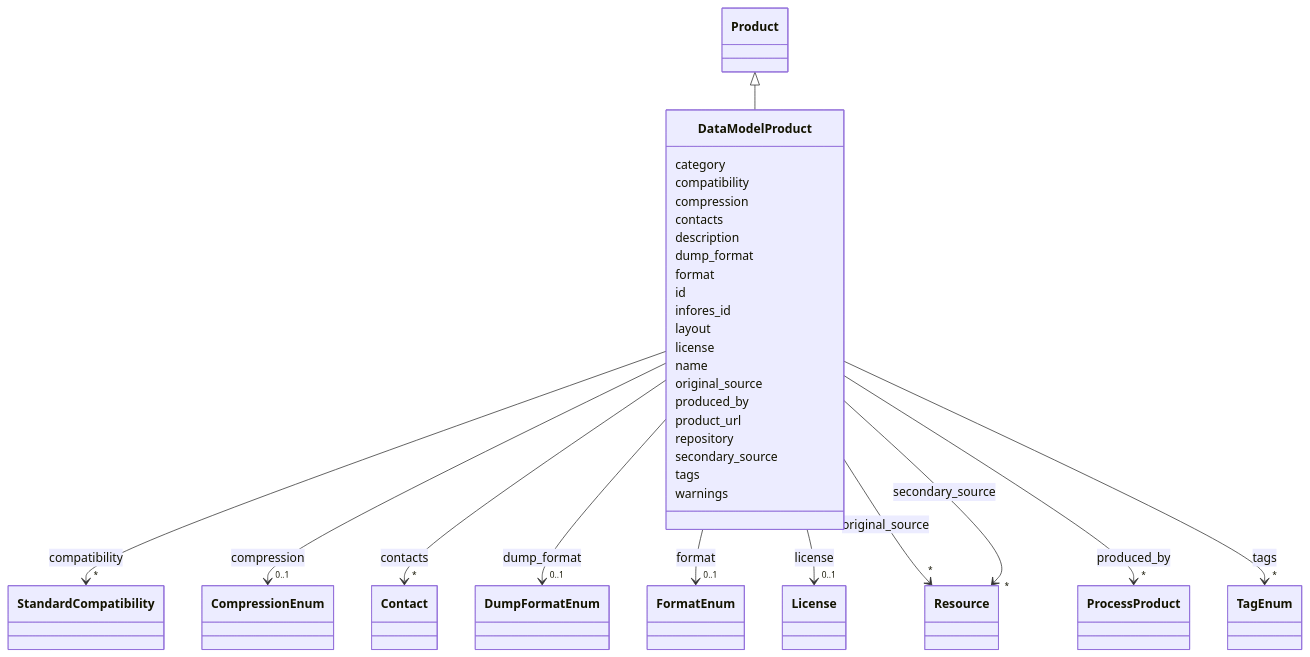
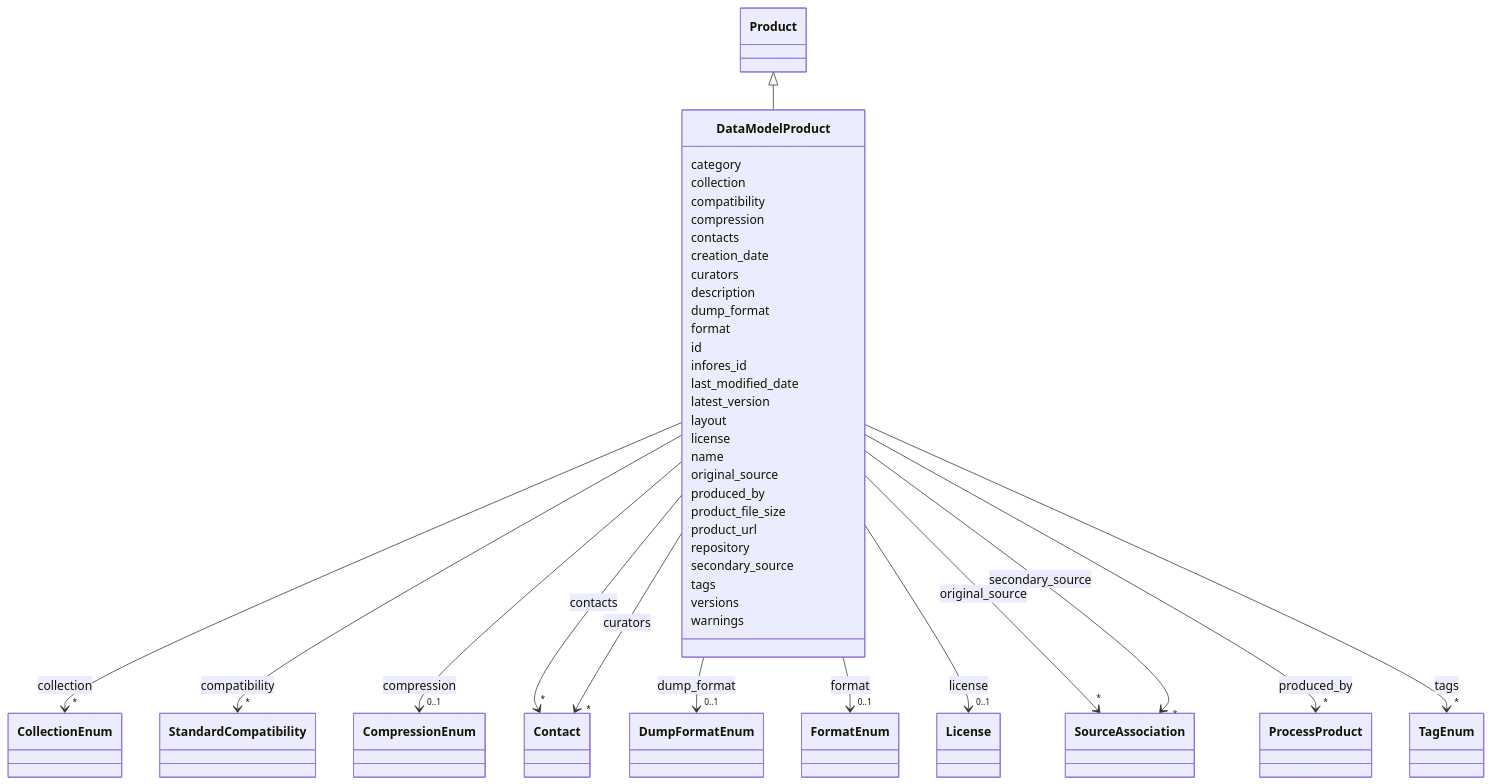
Before and after one commit to Knowledge-Graph-Hub/kg-registry: the diagram in docs/schema/DataModelProduct.md, drawn with Mermaid. The commit also changed other lines of this file and 141 other files, not shown here.

````diff
--- a/docs/schema/DataModelProduct.md
+++ b/docs/schema/DataModelProduct.md
@@ -24,117 +23,169 @@
 ```mermaid
  classDiagram
     class DataModelProduct
-    click DataModelProduct href "DataModelProduct.html"
+    click DataModelProduct href "DataModelProduct/.html"
       Product <|-- DataModelProduct
-        click Product href "Product.html"
-      
+        click Product href "Product/.html"
+
       DataModelProduct : category
-        
+
+      DataModelProduct : collection
+
+
+
+
+
+        DataModelProduct --> "*" CollectionEnum : collection
+        click CollectionEnum href "CollectionEnum/.html"
+
+
+
       DataModelProduct : compatibility
-        
-          
-    
-    
-    DataModelProduct --> "*" StandardCompatibility : compatibility
-    click StandardCompatibility href "StandardCompatibility.html"
 
-        
+
+
+
+
+        DataModelProduct --> "*" StandardCompatibility : compatibility
+        click StandardCompatibility href "StandardCompatibility/.html"
+
+
+
       DataModelProduct : compression
-        
-          
-    
-    
-    DataModelProduct --> "0..1" CompressionEnum : compression
-    click CompressionEnum href "CompressionEnum.html"
 
-        
+
+
+
+
+        DataModelProduct --> "0..1" CompressionEnum : compression
+        click CompressionEnum href "CompressionEnum/.html"
+
+
+
       DataModelProduct : contacts
-        
-          
-    
-    
-    DataModelProduct --> "*" Contact : contacts
-    click Contact href "Contact.html"
 
-        
+
+
+
+
+        DataModelProduct --> "*" Contact : contacts
+        click Contact href "Contact/.html"
+
+
+
+      DataModelProduct : creation_date
+
+      DataModelProduct : curators
+
+
+
+
+
+        DataModelProduct --> "*" Contact : curators
+        click Contact href "Contact/.html"
+
+
+
       DataModelProduct : description
-        
+
       DataModelProduct : dump_format
-        
-          
-    
-    
-    DataModelProduct --> "0..1" DumpFormatEnum : dump_format
-    click DumpFormatEnum href "DumpFormatEnum.html"
 
-        
+
+
+
+
+        DataModelProduct --> "0..1" DumpFormatEnum : dump_format
+        click DumpFormatEnum href "DumpFormatEnum/.html"
+
+
+
       DataModelProduct : format
-        
-          
-    
-    
-    DataModelProduct --> "0..1" FormatEnum : format
-    click FormatEnum href "FormatEnum.html"
 
-        
+
+
+
+
+        DataModelProduct --> "0..1" FormatEnum : format
+        click FormatEnum href "FormatEnum/.html"
+
+
+
       DataModelProduct : id
-        
+
       DataModelProduct : infores_id
-        
+
+      DataModelProduct : last_modified_date
+
+      DataModelProduct : latest_version
+
       DataModelProduct : layout
-        
+
       DataModelProduct : license
-        
-          
-    
-    
-    DataModelProduct --> "0..1" License : license
-    click License href "License.html"
 
-        
+
+
+
+
+        DataModelProduct --> "0..1" License : license
+        click License href "License/.html"
+
+
+
       DataModelProduct : name
-        
+
       DataModelProduct : original_source
-        
-          
-    
-    
-    DataModelProduct --> "*" Resource : original_source
-    click Resource href "Resource.html"
 
-        
+
+
+
+
+        DataModelProduct --> "*" SourceAssociation : original_source
+        click SourceAssociation href "SourceAssociation/.html"
+
+
+
       DataModelProduct : produced_by
-        
-          
-    
-    
-    DataModelProduct --> "*" ProcessProduct : produced_by
-    click ProcessProduct href "ProcessProduct.html"
 
-        
+
+
+
+
+        DataModelProduct --> "*" ProcessProduct : produced_by
+        click ProcessProduct href "ProcessProduct/.html"
+
+
+
+      DataModelProduct : product_file_size
+
       DataModelProduct : product_url
-        
+
       DataModelProduct : repository
-        
+
       DataModelProduct : secondary_source
-        
-          
-    
-    
-    DataModelProduct --> "*" Resource : secondary_source
-    click Resource href "Resource.html"
 
-        
+
+
+
+
+        DataModelProduct --> "*" SourceAssociation : secondary_source
+        click SourceAssociation href "SourceAssociation/.html"
+
+
+
       DataModelProduct : tags
-        
-          
-    
-    
-    DataModelProduct --> "*" TagEnum : tags
-    click TagEnum href "TagEnum.html"
 
-        
+
+
+
+
+        DataModelProduct --> "*" TagEnum : tags
+        click TagEnum href "TagEnum/.html"
+
+
+
+      DataModelProduct : versions
+
       DataModelProduct : warnings
-        
-      
+
+
 ```
````
